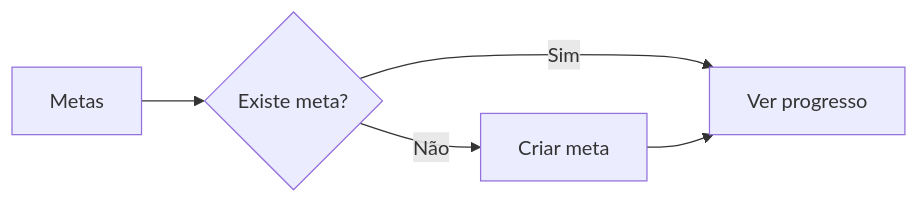
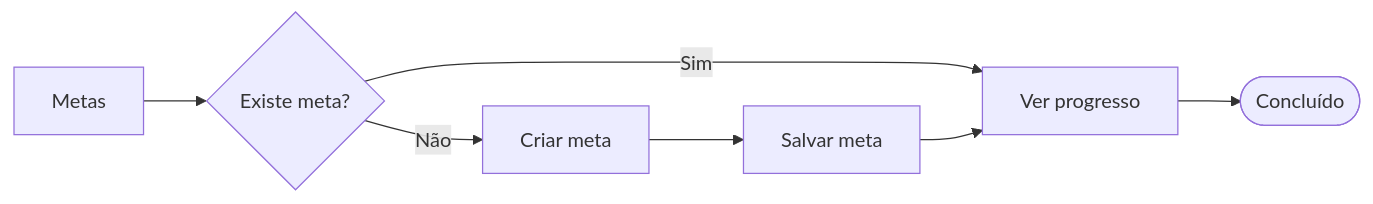
The fifth of 5 diagrams in docs/8_arquitetura_fluxo.md (GabrielRochadeLima/FRONTEND-CCP310-PROJETO), drawn with Mermaid before and after one commit. The commit also changed other lines of this file, not shown here.

````diff
--- a/docs/8_arquitetura_fluxo.md
+++ b/docs/8_arquitetura_fluxo.md
@@ -63,7 +65,9 @@
 ```mermaid
 flowchart LR
     A["Metas"] --> B{"Existe meta?"}
     B -->|Sim| C["Ver progresso"]
     B -->|Não| D["Criar meta"]
-    D --> C
+    D --> E["Salvar meta"]
+    E --> C
+    C --> F([Concluído])
 ```
````
